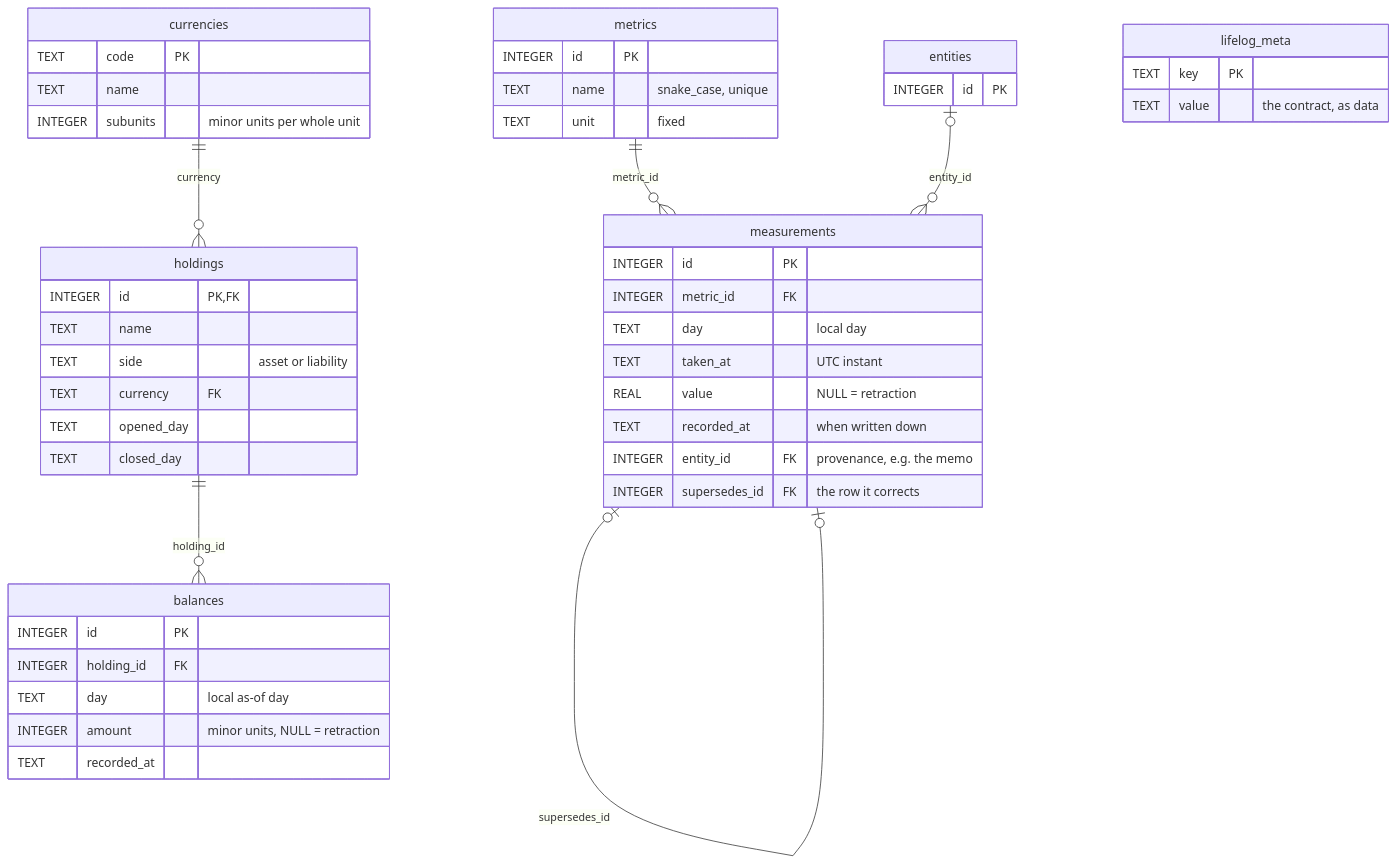
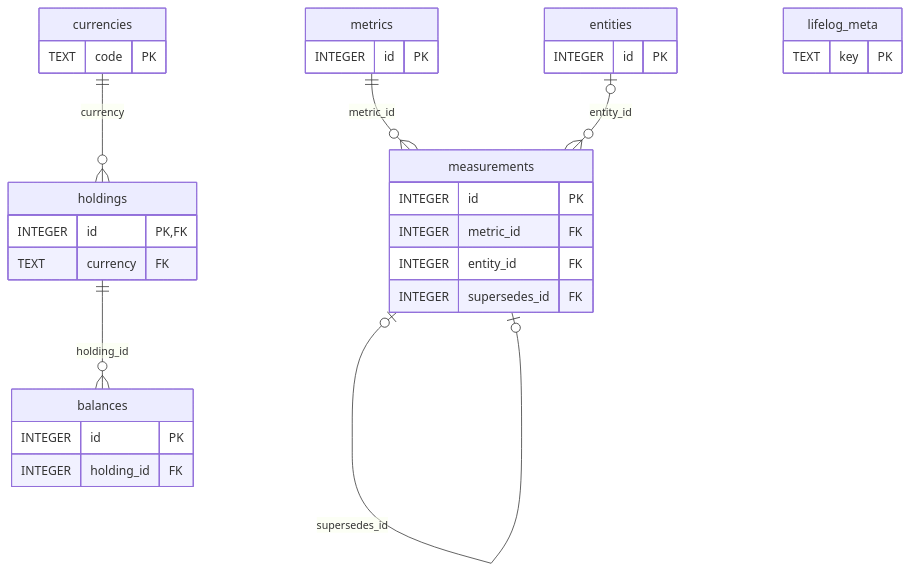
The fifth of 9 diagrams in SCHEMA.md (alexradunet/lifelogdb), drawn with Mermaid before and after one commit. The commit also changed other lines of this file and 49 other files, not shown here.

````diff
--- a/SCHEMA.md
+++ b/SCHEMA.md
@@ -1294,52 +1084,36 @@
 ```mermaid
 %% diagram: er-facts
 erDiagram
     metrics     ||--o{ measurements : "metric_id"
     entities    |o--o{ measurements : "entity_id"
     measurements |o--o| measurements : "supersedes_id"
     holdings    ||--o{ balances     : "holding_id"
     currencies  ||--o{ holdings     : "currency"
 
     metrics {
         INTEGER id PK
-        TEXT name "snake_case, unique"
-        TEXT unit "fixed"
     }
     measurements {
         INTEGER id PK
         INTEGER metric_id FK
-        TEXT day "local day"
-        TEXT taken_at "UTC instant"
-        REAL value "NULL = retraction"
-        TEXT recorded_at "when written down"
-        INTEGER entity_id FK "provenance, e.g. the memo"
-        INTEGER supersedes_id FK "the row it corrects"
+        INTEGER entity_id FK
+        INTEGER supersedes_id FK
     }
     entities {
         INTEGER id PK
     }
     holdings {
         INTEGER id PK, FK
-        TEXT name
-        TEXT side "asset or liability"
         TEXT currency FK
-        TEXT opened_day
-        TEXT closed_day
     }
     balances {
         INTEGER id PK
         INTEGER holding_id FK
-        TEXT day "local as-of day"
-        INTEGER amount "minor units, NULL = retraction"
-        TEXT recorded_at
     }
     currencies {
         TEXT code PK
-        TEXT name
-        INTEGER subunits "minor units per whole unit"
     }
     lifelog_meta {
         TEXT key PK
-        TEXT value "the contract, as data"
     }
 ```
````
